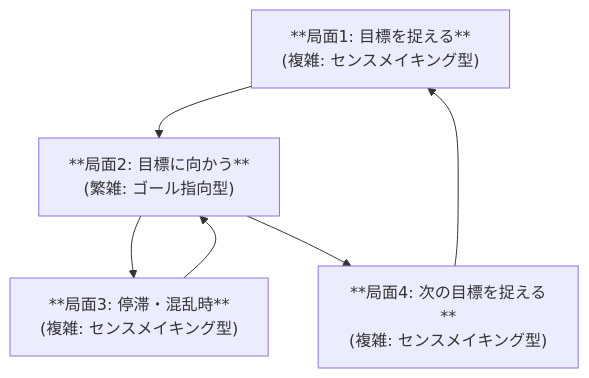
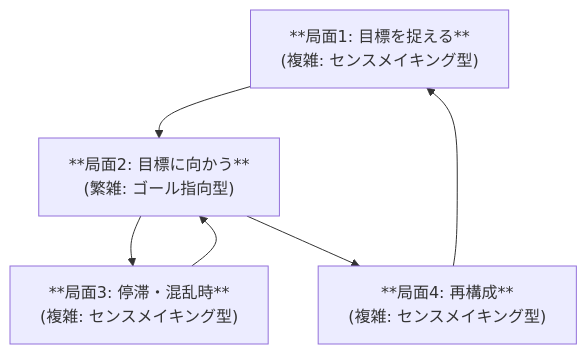
The fifth of 5 diagrams in articles/sense_making_coaching_20251114.md (suwa-sh/zenn-contents), drawn with Mermaid before and after one commit. The commit also changed other lines of this file and 3 other files, not shown here.

````diff
--- a/articles/sense_making_coaching_20251114.md
+++ b/articles/sense_making_coaching_20251114.md
@@ -226,8 +226,8 @@
 ```mermaid
 graph TD
     P1["**局面1: 目標を捉える**<br>(複雑: センスメイキング型)"] --> P2["**局面2: 目標に向かう**<br>(繁雑: ゴール指向型)"]
     P2 --> P3["**局面3: 停滞・混乱時**<br>(複雑: センスメイキング型)"]
     P3 --> P2
-    P2 --> P4["**局面4: 次の目標を捉える**<br>(複雑: センスメイキング型)"]
+    P2 --> P4["**局面4: 再構成**<br>(複雑: センスメイキング型)"]
     P4 --> P1
 ```
````
